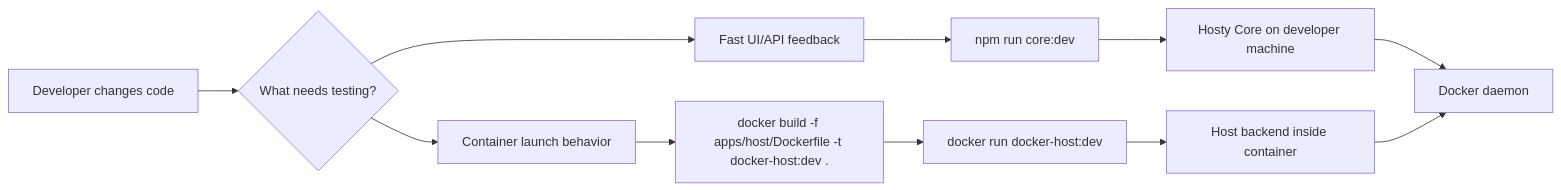
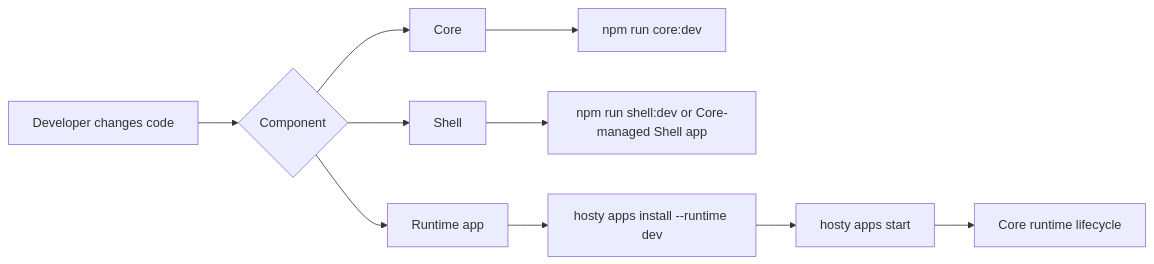
One commit to alex-de-haas/docker-host changed the diagram in docs/features/local-development.md. Above: the diagram before and after it, drawn with Mermaid. The commit also changed other lines of this file and 77 other files, not shown here.

Commit message:
Remove legacy developer harness and dev target flow

````diff
--- a/docs/features/local-development.md
+++ b/docs/features/local-development.md
@@ -14,13 +14,12 @@
 ```mermaid
 flowchart LR
-  A["Developer changes code"] --> B{"What needs testing?"}
-  B --> C["Fast UI/API feedback"]
-  B --> D["Container launch behavior"]
-  C --> E["npm run core:dev"]
-  E --> F["Hosty Core on developer machine"]
-  F --> G["Docker daemon"]
-  D --> H["docker build -f apps/host/Dockerfile -t docker-host:dev ."]
-  H --> I["docker run docker-host:dev"]
-  I --> J["Host backend inside container"]
-  J --> G
+  A["Developer changes code"] --> B{"Component"}
+  B --> C["Core"]
+  B --> D["Shell"]
+  B --> E["Runtime app"]
+  C --> F["npm run core:dev"]
+  D --> G["npm run shell:dev or Core-managed Shell app"]
+  E --> H["hosty apps install --runtime dev"]
+  H --> I["hosty apps start <app-id>"]
+  I --> J["Core runtime lifecycle"]
 ```
````
